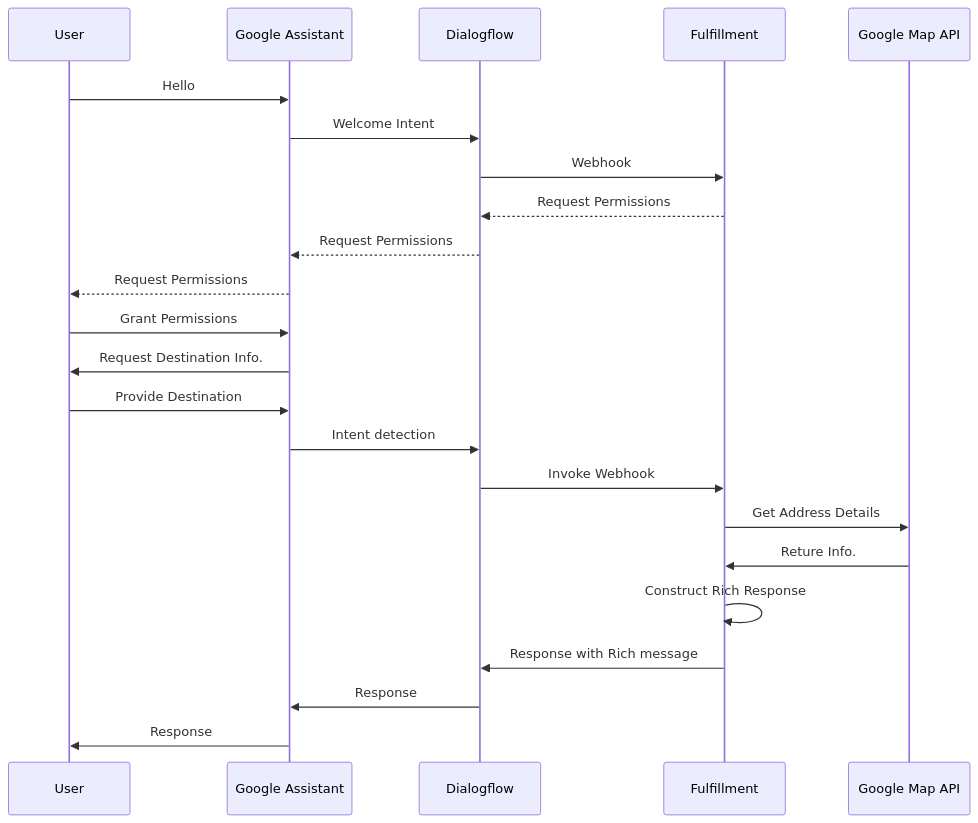
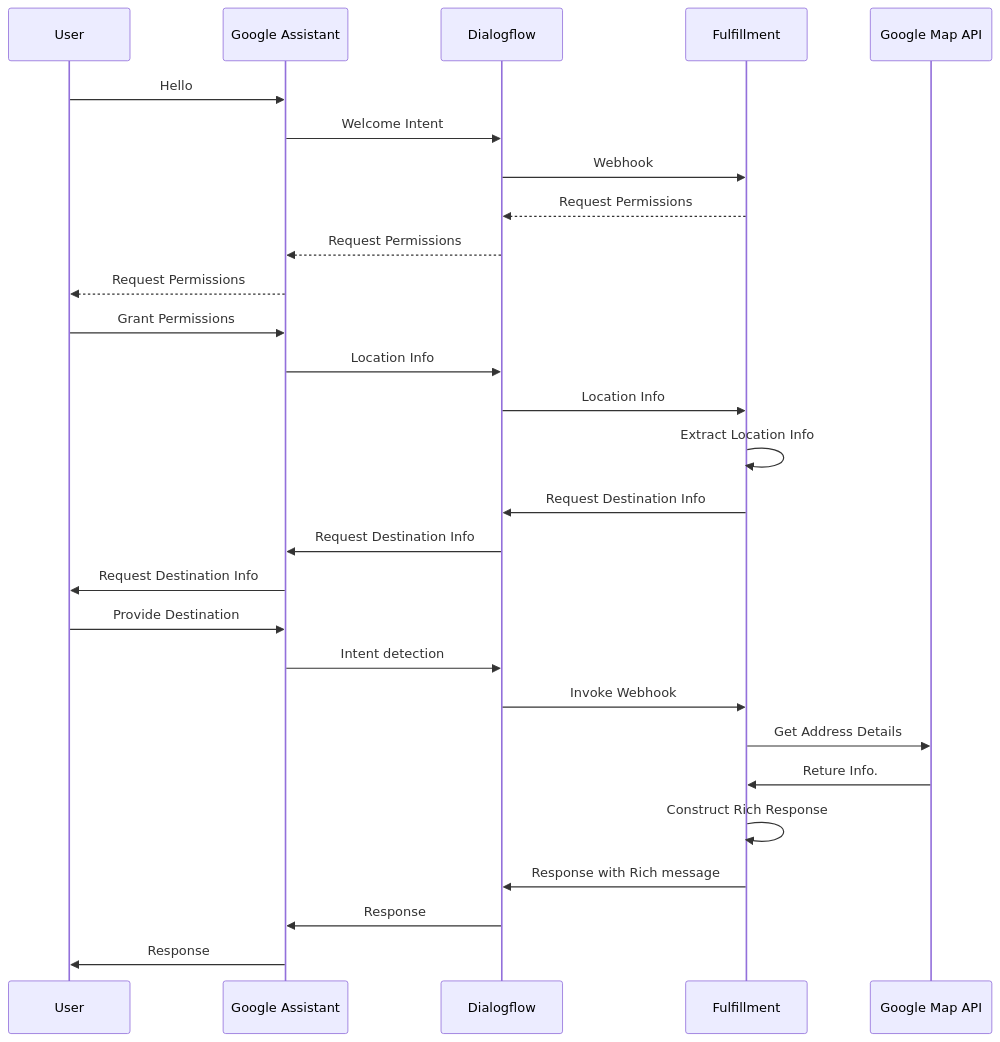
Before and after one commit to michael-chi/gcp-hands-on-conversational-ai: the diagram in readme.md, drawn with Mermaid. The commit also changed 30 other files, not shown here.

````diff
--- a/readme.md
+++ b/readme.md
@@ -12,22 +12,27 @@
 ```mermaid
 sequenceDiagram
 
 User ->> Google Assistant: Hello
 Google Assistant ->> Dialogflow: Welcome Intent
 Dialogflow ->> Fulfillment: Webhook
 Fulfillment -->> Dialogflow: Request Permissions
 Dialogflow -->> Google Assistant: Request Permissions
 Google Assistant -->> User: Request Permissions
 User ->> Google Assistant: Grant Permissions
-Google Assistant ->> User: Request Destination Info.
+Google Assistant ->> Dialogflow: Location Info
+Dialogflow ->> Fulfillment: Location Info
+Fulfillment ->> Fulfillment: Extract Location Info
+Fulfillment ->> Dialogflow: Request Destination Info
+Dialogflow ->> Google Assistant: Request Destination Info
+Google Assistant ->> User:Request Destination Info
 User ->> Google Assistant: Provide Destination
 Google Assistant ->> Dialogflow: Intent detection
 Dialogflow ->> Fulfillment: Invoke Webhook
 Fulfillment ->> Google Map API: Get Address Details
 Google Map API ->> Fulfillment: Reture Info.
 Fulfillment ->> Fulfillment: Construct Rich Response
 Fulfillment ->> Dialogflow: Response with Rich message
 Dialogflow ->> Google Assistant: Response
 Google Assistant ->> User: Response
 
 ```
````
